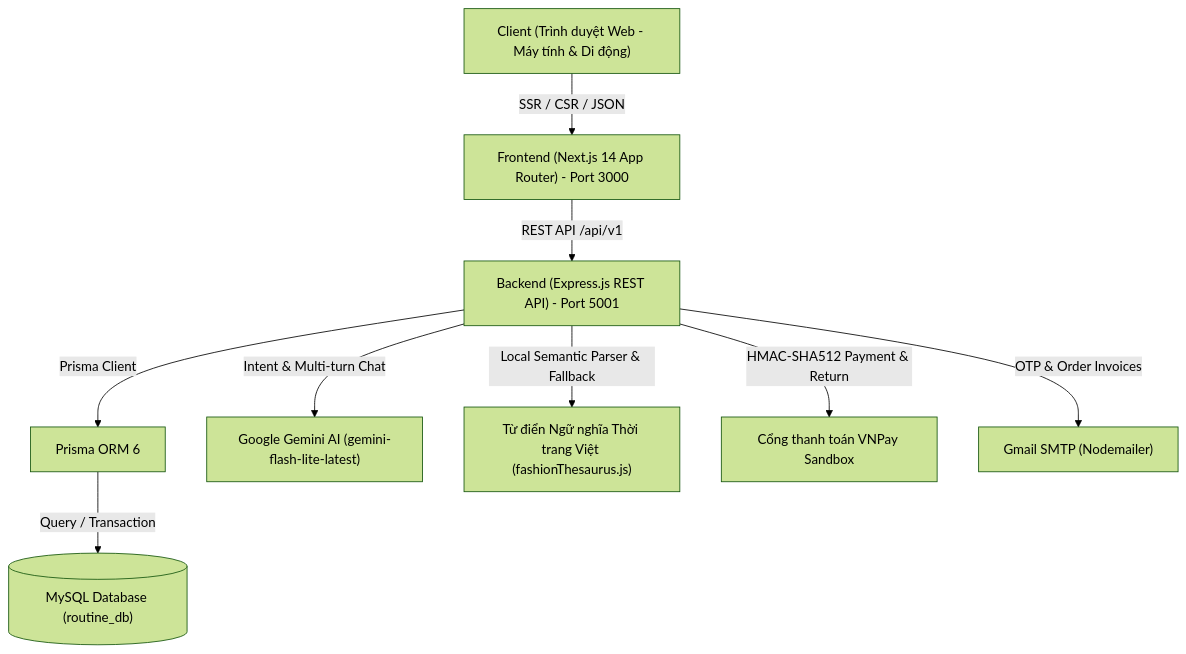
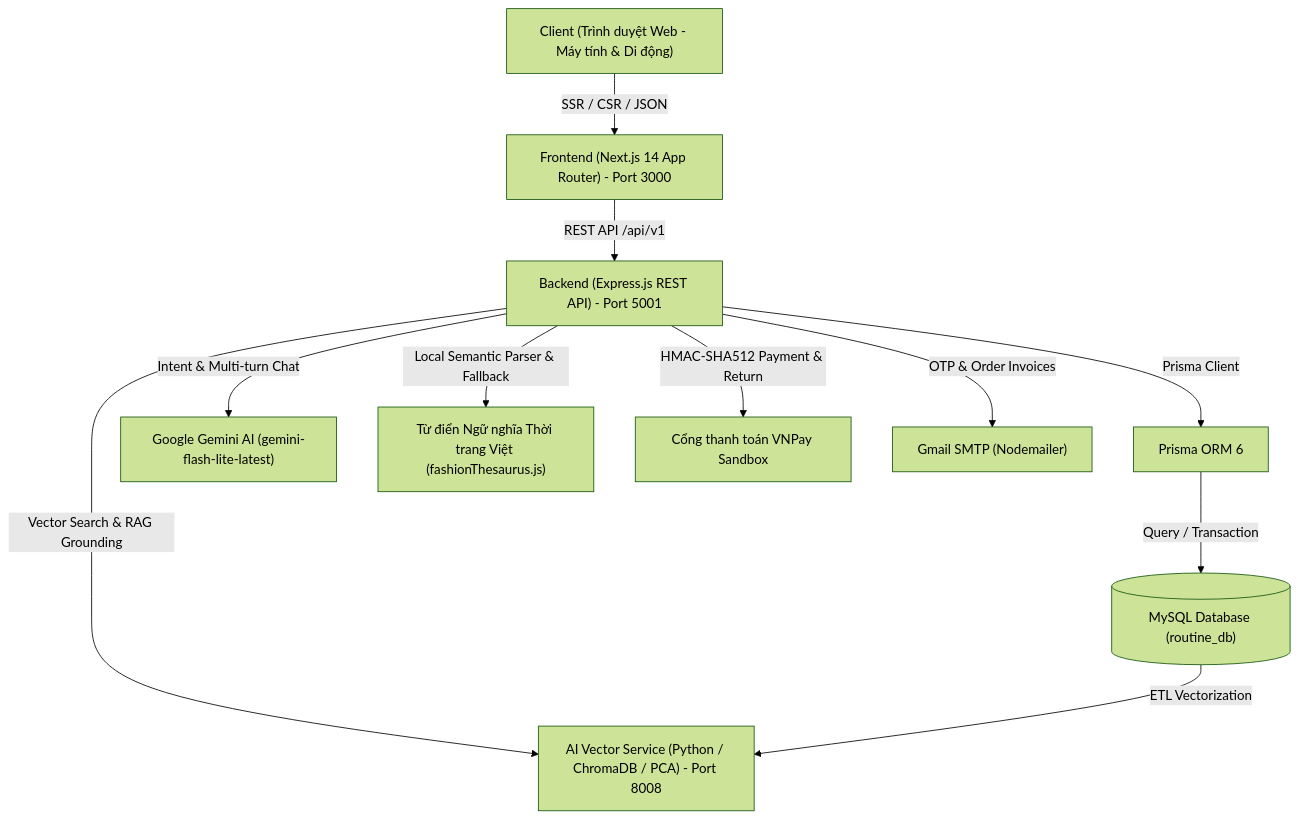
Before and after one commit to Xuananhdeptrai2109/Routine_web_demo: the diagram in README.md, drawn with Mermaid (forest theme). The commit also changed other lines of this file and 35 other files, not shown here.

````diff
--- a/README.md
+++ b/README.md
@@ -44,21 +46,24 @@
 ```mermaid
 graph TD
     Client["Client (Trình duyệt Web - Máy tính & Di động)"]
     FE["Frontend (Next.js 14 App Router) - Port 3000"]
     BE["Backend (Express.js REST API) - Port 5001"]
+    AI["AI Vector Service (Python / ChromaDB / PCA) - Port 8008"]
     DB[("MySQL Database (routine_db)")]
     Prisma["Prisma ORM 6"]
     Gemini["Google Gemini AI (gemini-flash-lite-latest)"]
     Thesaurus["Từ điển Ngữ nghĩa Thời trang Việt (fashionThesaurus.js)"]
     VNPay["Cổng thanh toán VNPay Sandbox"]
     SMTP["Gmail SMTP (Nodemailer)"]
 
     Client -->|SSR / CSR / JSON| FE
     FE -->|REST API /api/v1| BE
     BE -->|Prisma Client| Prisma
     Prisma -->|Query / Transaction| DB
     BE -->|Intent & Multi-turn Chat| Gemini
     BE -->|Local Semantic Parser & Fallback| Thesaurus
+    BE -->|Vector Search & RAG Grounding| AI
+    DB -->|ETL Vectorization| AI
     BE -->|HMAC-SHA512 Payment & Return| VNPay
     BE -->|OTP & Order Invoices| SMTP
 ```
````
